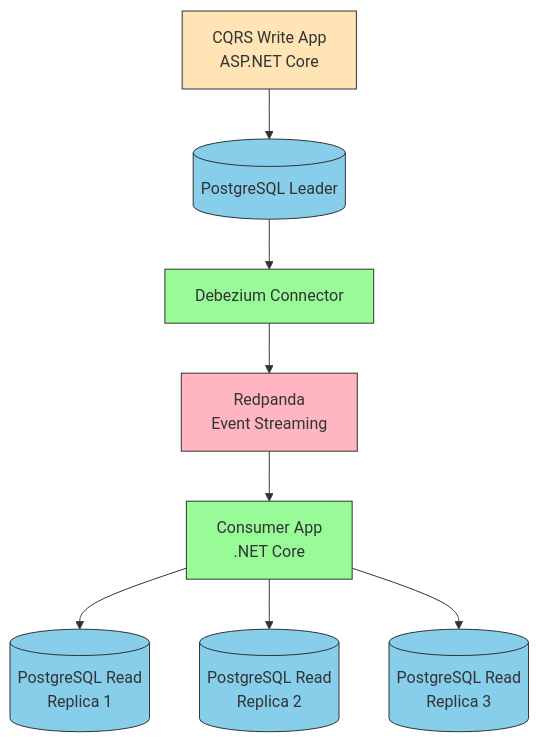
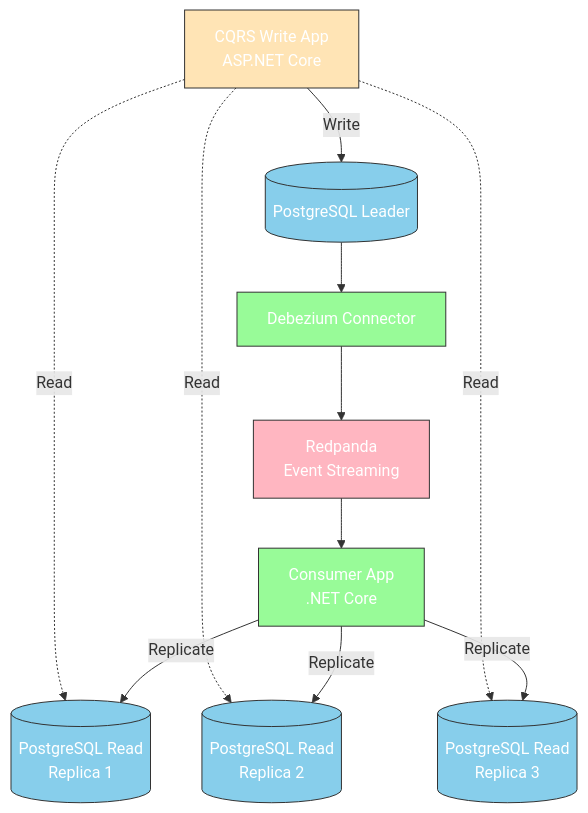
One commit to Raythons/Distributed-Systems-001 changed the diagram in architecture.md. Above: the diagram before and after it, drawn with Mermaid. The commit also changed 1 other file, not shown here.

Commit message:
fiixed readme file

````diff
--- a/architecture.md
+++ b/architecture.md
@@ -3,19 +3,22 @@
 ```mermaid
 graph TD
-    A[CQRS Write App<br/>ASP.NET Core] --> B[(PostgreSQL Leader)]
+    A[CQRS Write App<br/>ASP.NET Core] -->|Write| B[(PostgreSQL Leader)]
+    A -.->|Read| F[(PostgreSQL Read<br/>Replica 1)]
+    A -.->|Read| G[(PostgreSQL Read<br/>Replica 2)]
+    A -.->|Read| H[(PostgreSQL Read<br/>Replica 3)]
     B --> C[Debezium Connector]
     C --> D[Redpanda<br/>Event Streaming]
     D --> E[Consumer App<br/>.NET Core]
-    E --> F[(PostgreSQL Read<br/>Replica 1)]
-    E --> G[(PostgreSQL Read<br/>Replica 2)]
-    E --> H[(PostgreSQL Read<br/>Replica 3)]
+    E -->|Replicate| F
+    E -->|Replicate| G
+    E -->|Replicate| H
     
-    style A fill:#FFE4B5,stroke:#333
-    style B fill:#87CEEB,stroke:#333
-    style C fill:#98FB98,stroke:#333
-    style D fill:#FFB6C1,stroke:#333
-    style E fill:#98FB98,stroke:#333
-    style F fill:#87CEEB,stroke:#333
-    style G fill:#87CEEB,stroke:#333
-    style H fill:#87CEEB,stroke:#333
+    style A fill:#FFE4B5,stroke:#333,color:#fff
+    style B fill:#87CEEB,stroke:#333,color:#fff
+    style C fill:#98FB98,stroke:#333,color:#fff
+    style D fill:#FFB6C1,stroke:#333,color:#fff
+    style E fill:#98FB98,stroke:#333,color:#fff
+    style F fill:#87CEEB,stroke:#333,color:#fff
+    style G fill:#87CEEB,stroke:#333,color:#fff
+    style H fill:#87CEEB,stroke:#333,color:#fff
 ```
````
